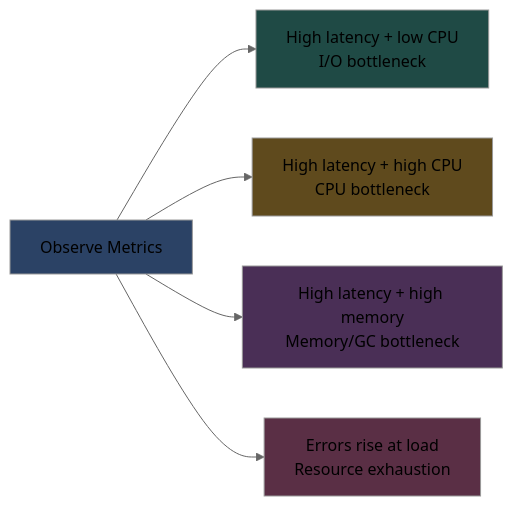
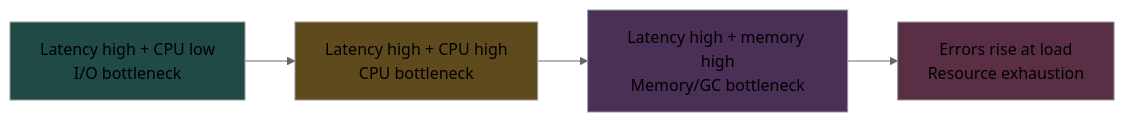
Before and after one commit to NickCrew/apparatus: the diagram in docs/assets/diagrams/diagram-29-bottleneck-matrix.mmd, drawn with Mermaid (neutral theme). The commit also changed 1 other file, not shown here.

Commit message:
refactor(ai): update red team with improved memory handling in bottleneck analysis
- Refine red team attack planning with memory-aware state tracking
- Update bottleneck matrix diagram with latest analysis logic

```diff
--- a/docs/assets/diagrams/diagram-29-bottleneck-matrix.mmd
+++ b/docs/assets/diagrams/diagram-29-bottleneck-matrix.mmd
@@ -1,11 +1,9 @@
 flowchart LR
-    Input["Observe Metrics"] --> IO["High latency + low CPU\nI/O bottleneck"]
-    Input --> CPU["High latency + high CPU\nCPU bottleneck"]
-    Input --> Mem["High latency + high memory\nMemory/GC bottleneck"]
-    Input --> Exhaust["Errors rise at load\nResource exhaustion"]
+    IO["Latency high + CPU low\nI/O bottleneck"] --> CPU["Latency high + CPU high\nCPU bottleneck"]
+    CPU --> Mem["Latency high + memory high\nMemory/GC bottleneck"]
+    Mem --> Exhaust["Errors rise at load\nResource exhaustion"]
 
-    style Input fill:#2b4265
     style IO fill:#1f4a45
     style CPU fill:#5f4a1d
     style Mem fill:#4a2f56
     style Exhaust fill:#5a2f45
```
